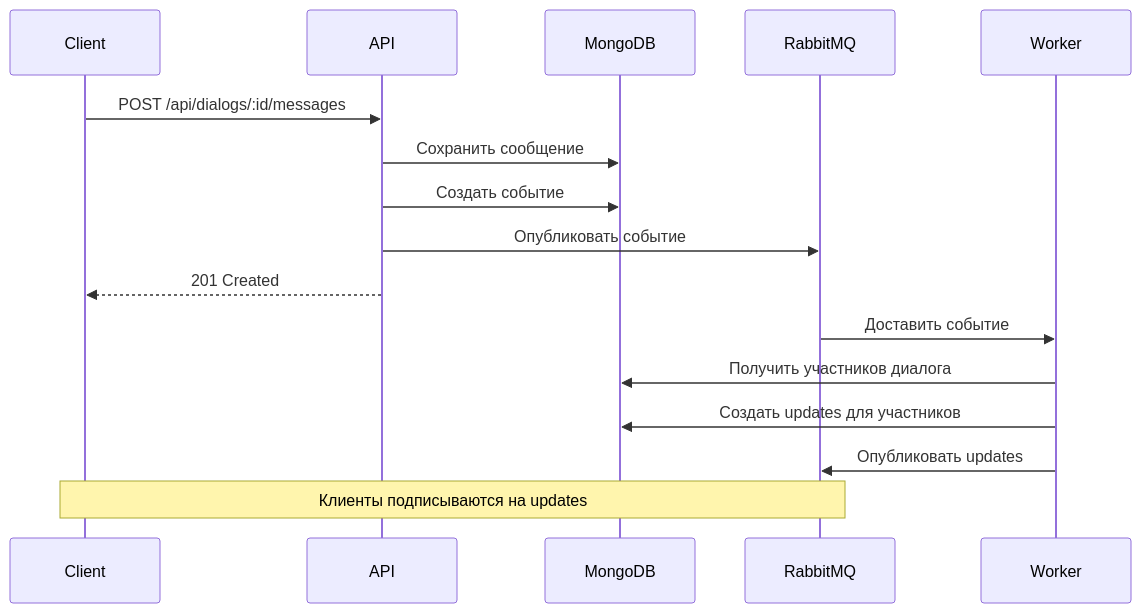
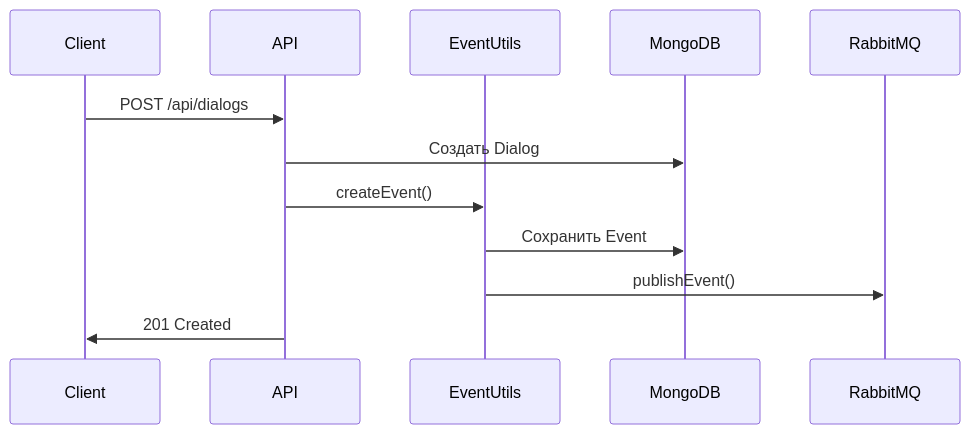
Before and after one commit to antirek/chat3: the second of 4 diagrams in docs/ARCHITECTURE.md, drawn with Mermaid. The commit also changed other lines of this file and 27 other files, not shown here.

````diff
--- a/docs/ARCHITECTURE.md
+++ b/docs/ARCHITECTURE.md
@@ -441,21 +91,15 @@
 ```mermaid
 sequenceDiagram
     participant Client
     participant API
+    participant EventUtils
     participant MongoDB
     participant RabbitMQ
-    participant Worker
     
-    Client->>API: POST /api/dialogs/:id/messages
-    API->>MongoDB: Сохранить сообщение
-    API->>MongoDB: Создать событие
-    API->>RabbitMQ: Опубликовать событие
-    API-->>Client: 201 Created
-    
-    RabbitMQ->>Worker: Доставить событие
-    Worker->>MongoDB: Получить участников диалога
-    Worker->>MongoDB: Создать updates для участников
-    Worker->>RabbitMQ: Опубликовать updates
-    
-    Note over RabbitMQ,Client: Клиенты подписываются на updates
+    Client->>API: POST /api/dialogs
+    API->>MongoDB: Создать Dialog
+    API->>EventUtils: createEvent()
+    EventUtils->>MongoDB: Сохранить Event
+    EventUtils->>RabbitMQ: publishEvent()
+    API->>Client: 201 Created
 ```
````
